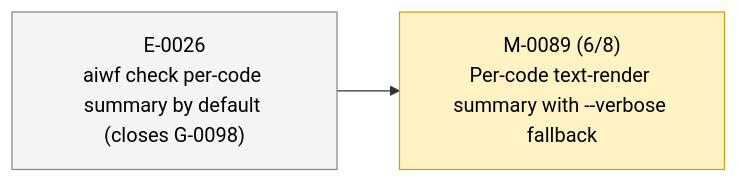
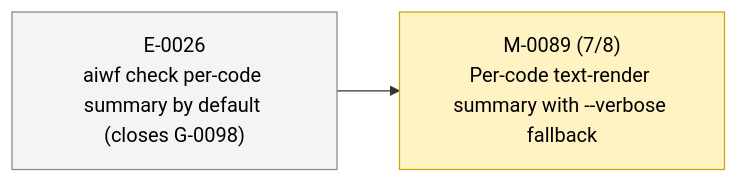
The second of 2 diagrams in STATUS.md (23min/aiwf), drawn with Mermaid before and after one commit. The commit also changed other lines of this file and 1 other file, not shown here.

````diff
--- a/STATUS.md
+++ b/STATUS.md
@@ -51,12 +51,12 @@
 ```mermaid
 flowchart LR
   E_0026["E-0026<br/>aiwf check per-code summary by default (closes G-0098)"]:::epic_proposed
-  M_0089["M-0089 (6/8)<br/>Per-code text-render summary with --verbose fallback"]:::ms_in_progress
+  M_0089["M-0089 (7/8)<br/>Per-code text-render summary with --verbose fallback"]:::ms_in_progress
   E_0026 --> M_0089
   classDef epic_active fill:#d6eaff,stroke:#1a73e8,color:#000
   classDef epic_proposed fill:#f4f4f4,stroke:#888,color:#000
   classDef ms_done fill:#d8f5d8,stroke:#2a8a2a,color:#000
   classDef ms_in_progress fill:#fff3c4,stroke:#caa400,color:#000
   classDef ms_draft fill:#f4f4f4,stroke:#888,color:#000
   classDef ms_cancelled fill:#fbeaea,stroke:#c33,color:#000
 ```
````
